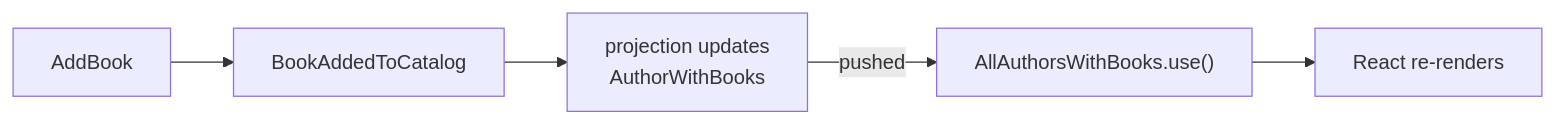
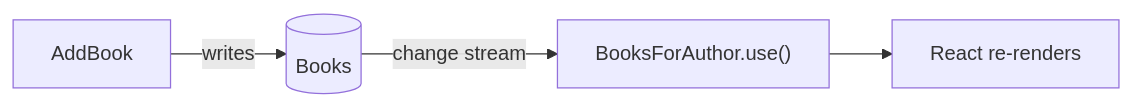
The diagram in Documentation/tutorial/real-time.mdx (Cratis/Arc), drawn with Mermaid before and after one commit. The commit also changed other lines of this file and 3 other files, not shown here.

````diff
--- a/Documentation/tutorial/real-time.mdx
+++ b/Documentation/tutorial/real-time.mdx
@@ -14,7 +14,6 @@
 ```mermaid
 flowchart LR
-    Cmd["AddBook"] --> Evt["BookAddedToCatalog"]
-    Evt --> Proj["projection updates<br/>AuthorWithBooks"]
-    Proj -->|pushed| Sub["AllAuthorsWithBooks.use()"]
+    Cmd["AddBook"] -->|writes| DB[("Books")]
+    DB -->|change stream| Sub["BooksForAuthor.use()"]
     Sub --> UI["React re-renders"]
 ```
````
